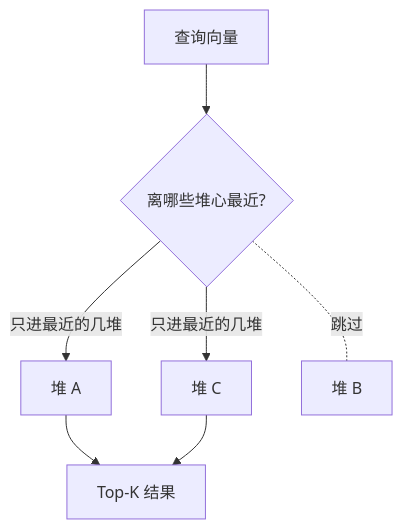
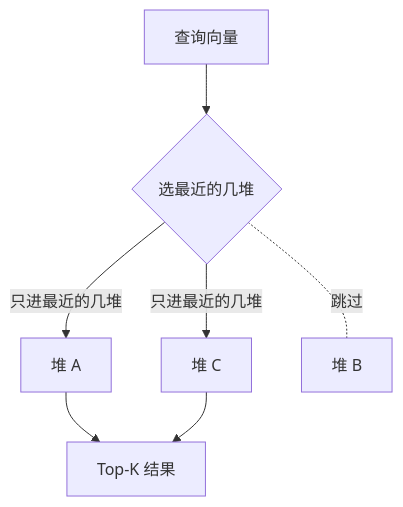
The diagram in 07.向量数据库/第02课_FAISS常用索引怎么选/第02课.md (xxxAndlk/AI_Agent_Learning_path), drawn with Mermaid before and after one commit. The commit also changed other lines of this file and 13 other files, not shown here.

````diff
--- a/07.向量数据库/第02课_FAISS常用索引怎么选/第02课.md
+++ b/07.向量数据库/第02课_FAISS常用索引怎么选/第02课.md
@@ -17,9 +15,9 @@
 ```mermaid
 flowchart TD
-    Q[查询向量] --> C{离哪些堆心最近?}
+    Q[查询向量] --> C{选最近的几堆}
     C -->|只进最近的几堆| B1[堆 A]
     C -->|只进最近的几堆| B3[堆 C]
     C -.跳过.- B2[堆 B]
     B1 --> R[Top-K 结果]
     B3 --> R
 ```
````
